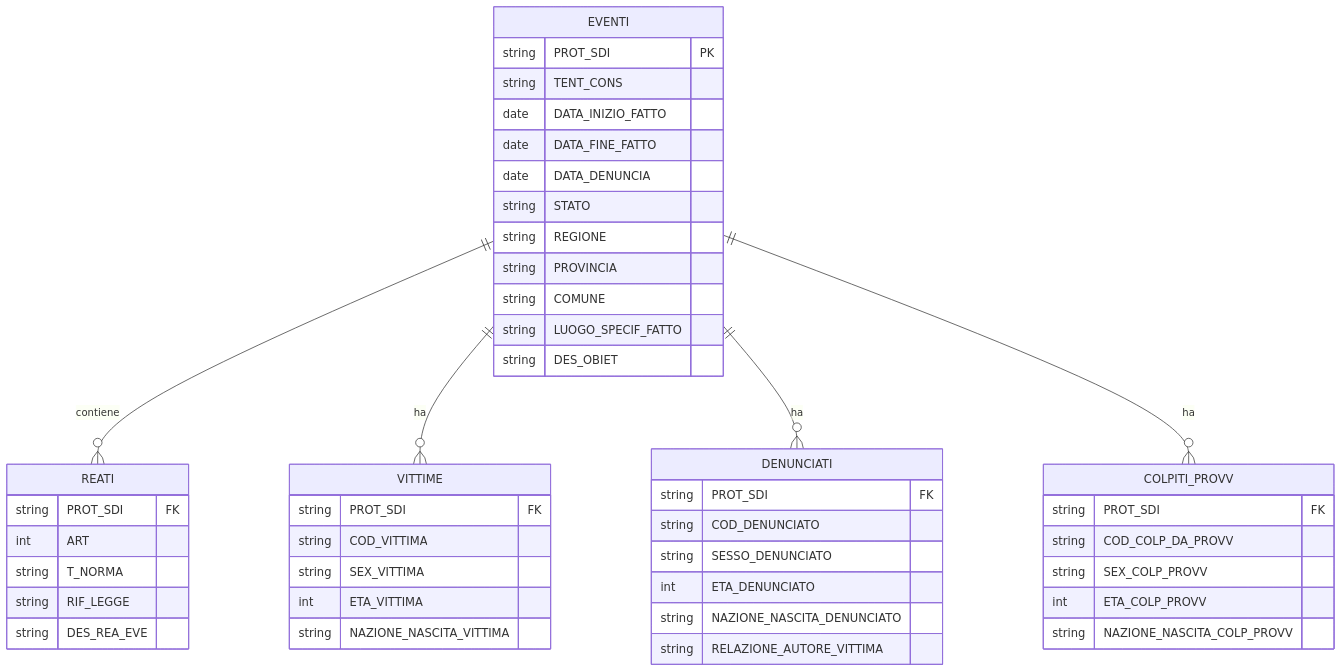
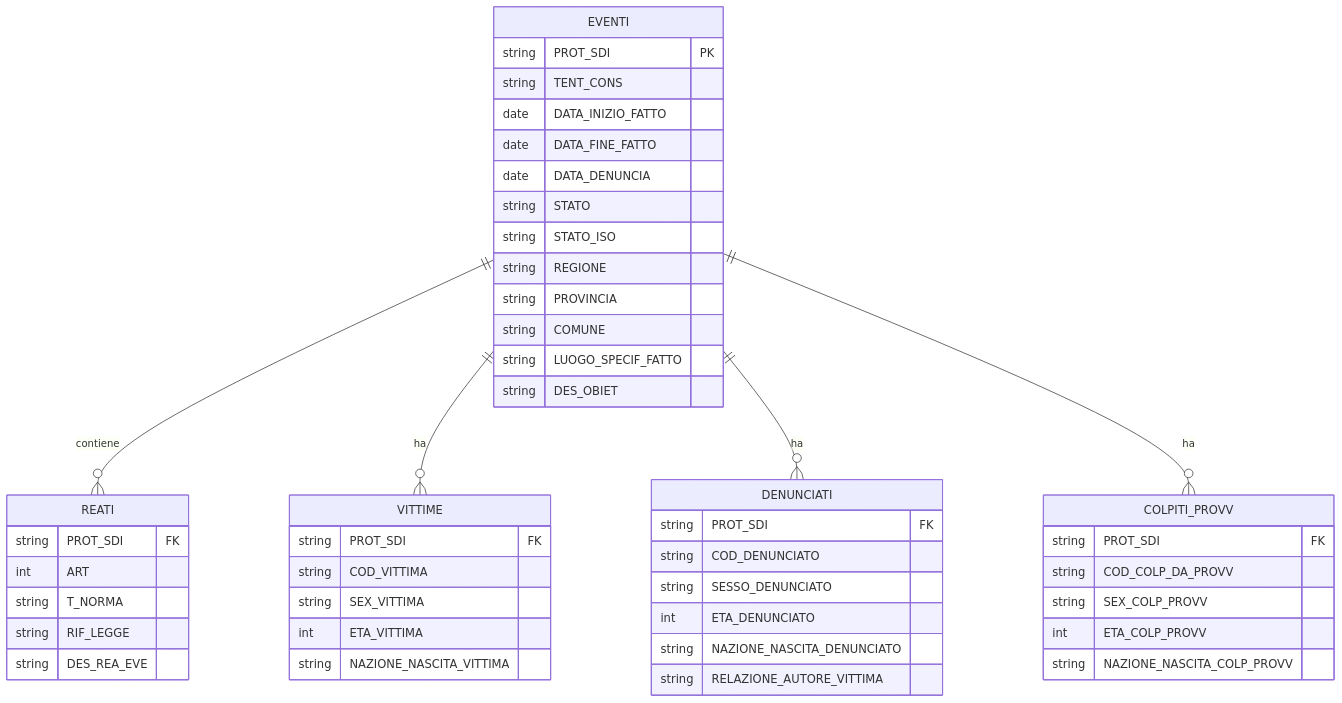
One commit to ondata/dati_sdi_reati_genere changed the diagram in data/processed/README.md. Above: the diagram before and after it, drawn with Mermaid. The commit also changed other lines of this file and 8 other files, not shown here.

````diff
--- a/data/processed/README.md
+++ b/data/processed/README.md
@@ -87,54 +87,55 @@
 ```mermaid
 erDiagram
     EVENTI ||--o{ REATI : contiene
     EVENTI ||--o{ VITTIME : ha
     EVENTI ||--o{ DENUNCIATI : ha
     EVENTI ||--o{ COLPITI_PROVV : ha
 
     EVENTI {
         string PROT_SDI PK
         string TENT_CONS
         date DATA_INIZIO_FATTO
         date DATA_FINE_FATTO
         date DATA_DENUNCIA
         string STATO
+        string STATO_ISO
         string REGIONE
         string PROVINCIA
         string COMUNE
         string LUOGO_SPECIF_FATTO
         string DES_OBIET
     }
 
     REATI {
         string PROT_SDI FK
         int ART
         string T_NORMA
         string RIF_LEGGE
         string DES_REA_EVE
     }
 
     VITTIME {
         string PROT_SDI FK
         string COD_VITTIMA
         string SEX_VITTIMA
         int ETA_VITTIMA
         string NAZIONE_NASCITA_VITTIMA
     }
 
     DENUNCIATI {
         string PROT_SDI FK
         string COD_DENUNCIATO
         string SESSO_DENUNCIATO
         int ETA_DENUNCIATO
         string NAZIONE_NASCITA_DENUNCIATO
         string RELAZIONE_AUTORE_VITTIMA
     }
 
     COLPITI_PROVV {
         string PROT_SDI FK
         string COD_COLP_DA_PROVV
         string SEX_COLP_PROVV
         int ETA_COLP_PROVV
         string NAZIONE_NASCITA_COLP_PROVV
 }
 ```
````
